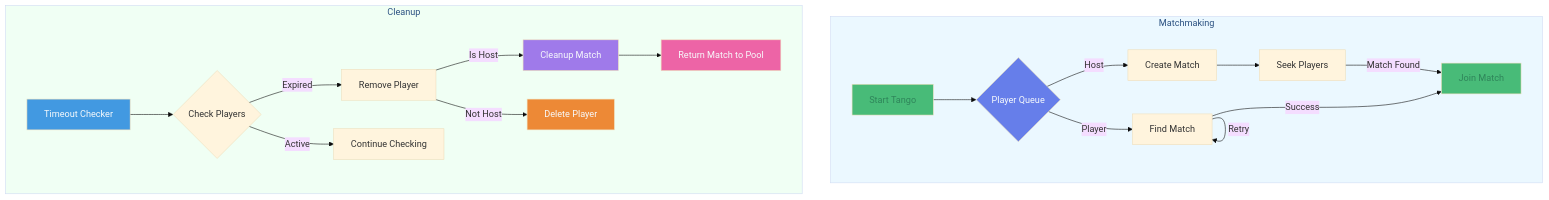
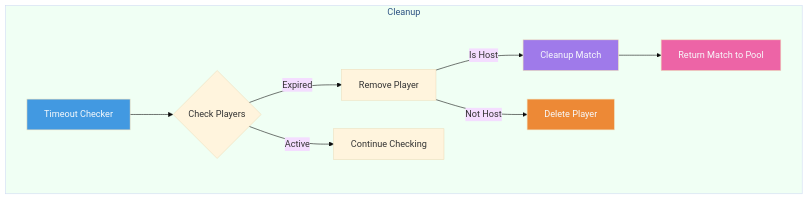
One commit to alesr/tango changed the second of 2 diagrams in README.md. Above: the diagram before and after it, drawn with Mermaid. The commit also changed other lines of this file, not shown here.

````diff
--- a/README.md
+++ b/README.md
@@ -35,32 +60,18 @@
 ```mermaid
 %%{init: {'theme': 'base', 'themeVariables': { 'fontFamily': 'arial', 'fontSize': '16px', 'textColor': '#2A4365' }}}%%
 flowchart TB
-    subgraph Matchmaking
-        Start[Start Tango] --> Queue{Player Queue}
-        Queue -->|Host| CreateMatch[Create Match]
-        CreateMatch --> SeekPlayers[Seek Players]
-        Queue -->|Player| FindMatch[Find Match]
-        FindMatch -->|Success| JoinMatch[Join Match]
-        FindMatch -->|Retry| FindMatch
-        SeekPlayers -->|Match Found| JoinMatch
-    end
-
     subgraph Cleanup
         Timer[Timeout Checker] --> CheckPlayers{Check Players}
         CheckPlayers -->|Expired| RemovePlayer[Remove Player]
         CheckPlayers -->|Active| Continue[Continue Checking]
         RemovePlayer -->|Is Host| CleanMatch[Cleanup Match]
         RemovePlayer -->|Not Host| DeletePlayer[Delete Player]
         CleanMatch --> ReturnMatchPool[Return Match to Pool]
     end
 
-    style Start fill:#48BB78,color:#2F855A
-    style Queue fill:#667EEA,color:#F7FAFC
     style Timer fill:#4299E1,color:#F7FAFC
-    style JoinMatch fill:#48BB78,color:#2F855A
     style ReturnMatchPool fill:#ED64A6,color:#F7FAFC
     style CleanMatch fill:#9F7AEA,color:#F7FAFC
     style DeletePlayer fill:#ED8936,color:#F7FAFC
-    style Matchmaking fill:#EBF8FF,color:#2C5282
     style Cleanup fill:#F0FFF4,color:#2C5282
 ```
````
